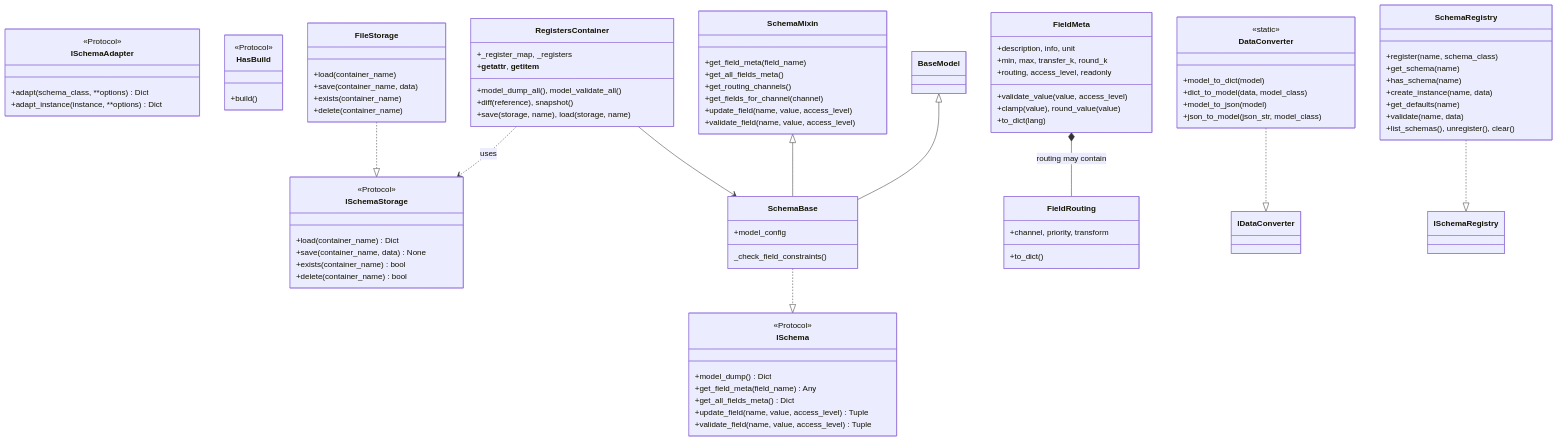
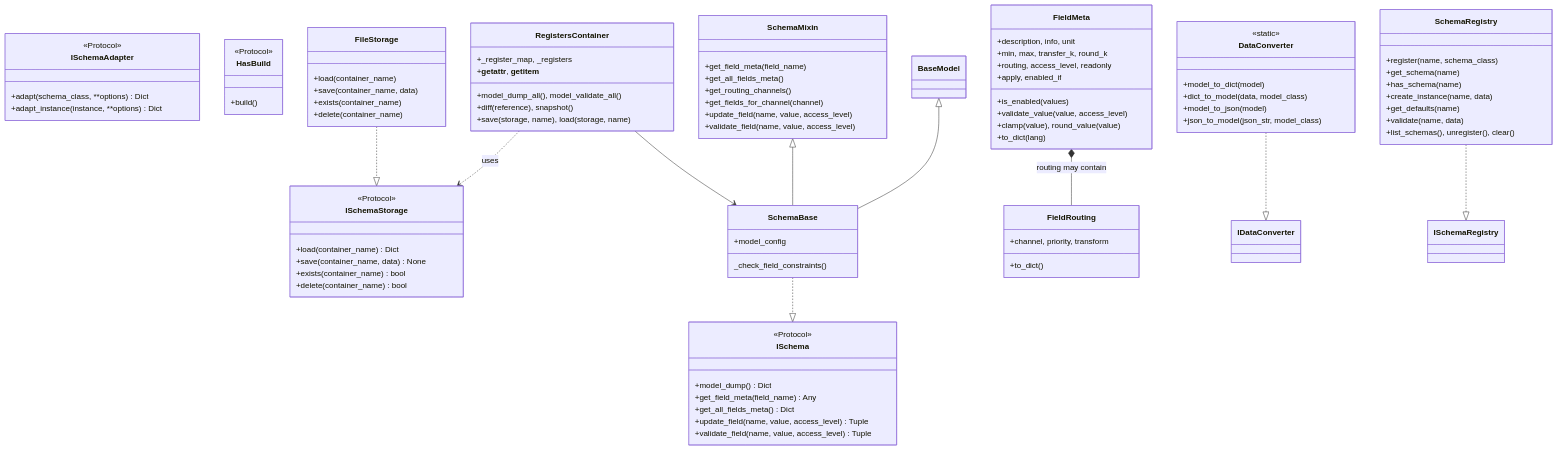
Before and after one commit to TWOKRAI/Inspector_bottles: the second of 4 diagrams in multiprocess_framework/modules/data_schema_module/README.md, drawn with Mermaid. The commit also changed other lines of this file and 5 other files, not shown here.

First line of the commit message:
feat(data_schema): FieldMeta.apply и FieldMeta.enabled_if (GREEN + hazard + ADR-DS-011) (Task 1.1)

```diff
--- a/multiprocess_framework/modules/data_schema_module/README.md
+++ b/multiprocess_framework/modules/data_schema_module/README.md
@@ -212,6 +212,8 @@
         +description, info, unit
         +min, max, transfer_k, round_k
         +routing, access_level, readonly
+        +apply, enabled_if
+        +is_enabled(values)
         +validate_value(value, access_level)
         +clamp(value), round_value(value)
         +to_dict(lang)
```
